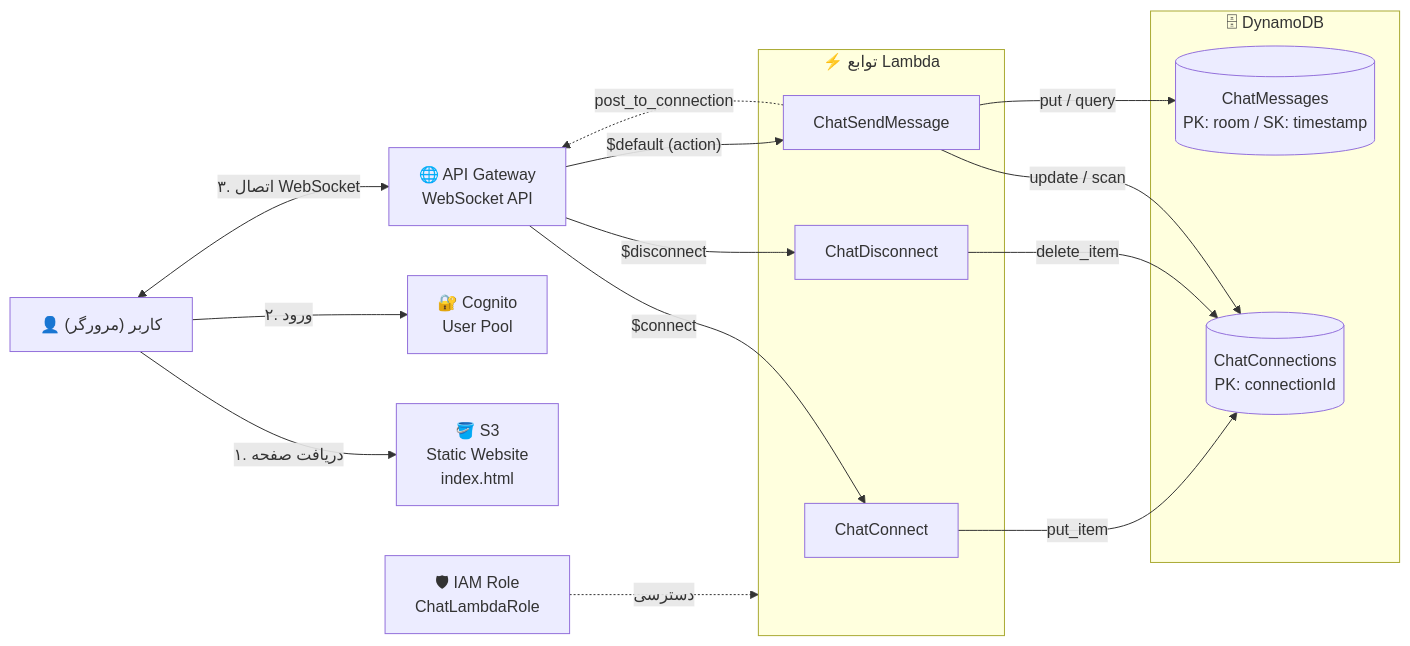
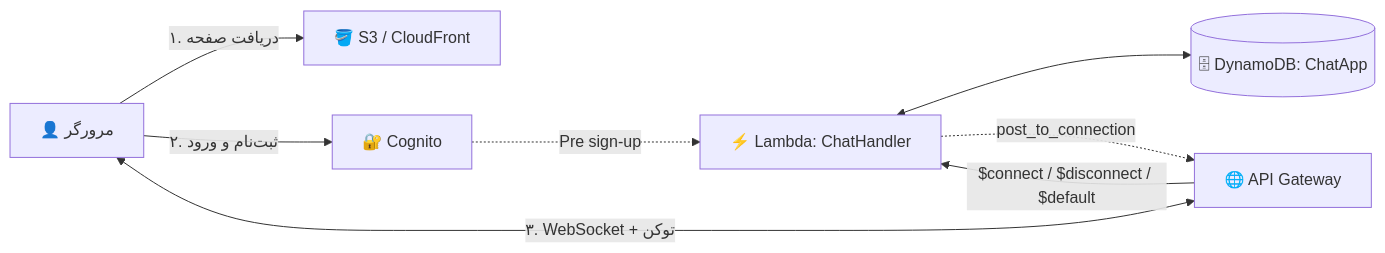
The diagram in README.md (roosatom2/AWS-P2), drawn with Mermaid before and after one commit. The commit also changed other lines of this file, not shown here.

````diff
--- a/README.md
+++ b/README.md
@@ -45,36 +53,10 @@
 ```mermaid
 flowchart LR
-    U["👤 کاربر (مرورگر)"]
-    S3["🪣 S3<br/>Static Website<br/>index.html"]
-    COG["🔐 Cognito<br/>User Pool"]
-    APIGW["🌐 API Gateway<br/>WebSocket API"]
-
-    subgraph LAMBDAS["⚡ توابع Lambda"]
-        L1["ChatConnect"]
-        L2["ChatDisconnect"]
-        L3["ChatSendMessage"]
-    end
-
-    subgraph DDB["🗄 DynamoDB"]
-        T1[("ChatConnections<br/>PK: connectionId")]
-        T2[("ChatMessages<br/>PK: room / SK: timestamp")]
-    end
-
-    IAM["🛡 IAM Role<br/>ChatLambdaRole"]
-
-    U -->|"۱. دریافت صفحه"| S3
-    U -->|"۲. ورود"| COG
-    U <-->|"۳. اتصال WebSocket"| APIGW
-
-    APIGW -->|"$connect"| L1
-    APIGW -->|"$disconnect"| L2
-    APIGW -->|"$default (action)"| L3
-
-    L1 -->|"put_item"| T1
-    L2 -->|"delete_item"| T1
-    L3 -->|"update / scan"| T1
-    L3 -->|"put / query"| T2
-    L3 -.->|"post_to_connection"| APIGW
-
-    IAM -.->|"دسترسی"| LAMBDAS
+    U["👤 مرورگر"] -->|"۱. دریافت صفحه"| S3["🪣 S3 / CloudFront"]
+    U -->|"۲. ثبت‌نام و ورود"| COG["🔐 Cognito"]
+    U <-->|"۳. WebSocket + توکن"| APIGW["🌐 API Gateway"]
+    COG -.->|"Pre sign-up"| L["⚡ Lambda: ChatHandler"]
+    APIGW -->|"$connect / $disconnect / $default"| L
+    L <--> DDB[("🗄 DynamoDB: ChatApp")]
+    L -.->|"post_to_connection"| APIGW
 ```
````
